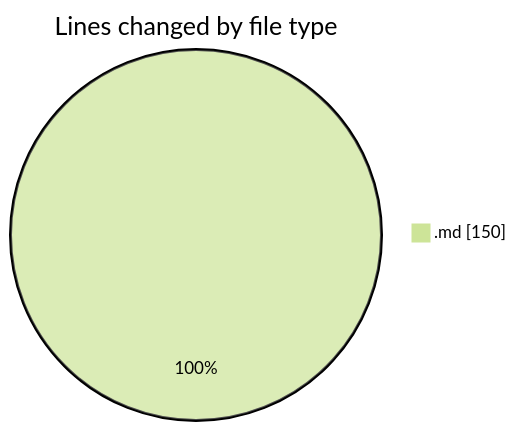
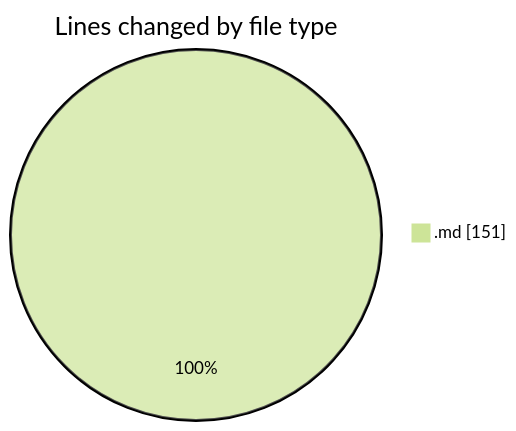
One commit to Ritupan-Deka/code-tracking changed the first of 2 diagrams in 2025-07-11/urlwebwala_intership_work/README.md. Above: the diagram before and after it, drawn with Mermaid (forest theme). The commit also changed other lines of this file and 1 other file, not shown here.

````diff
--- a/2025-07-11/urlwebwala_intership_work/README.md
+++ b/2025-07-11/urlwebwala_intership_work/README.md
@@ -20,5 +20,5 @@
 ```mermaid
 pie showData
 title Lines changed by file type
-".md" : 150
+".md" : 151
 ```
````
